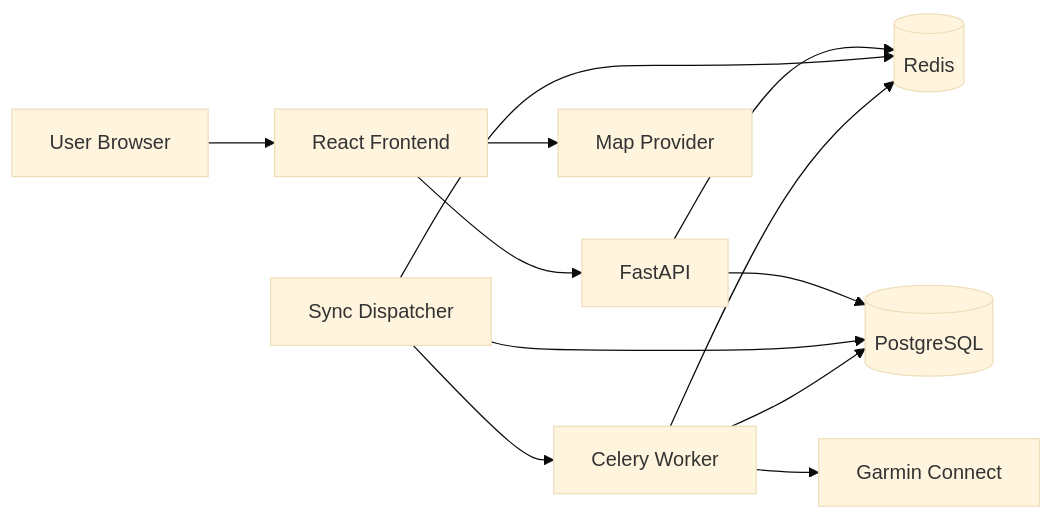
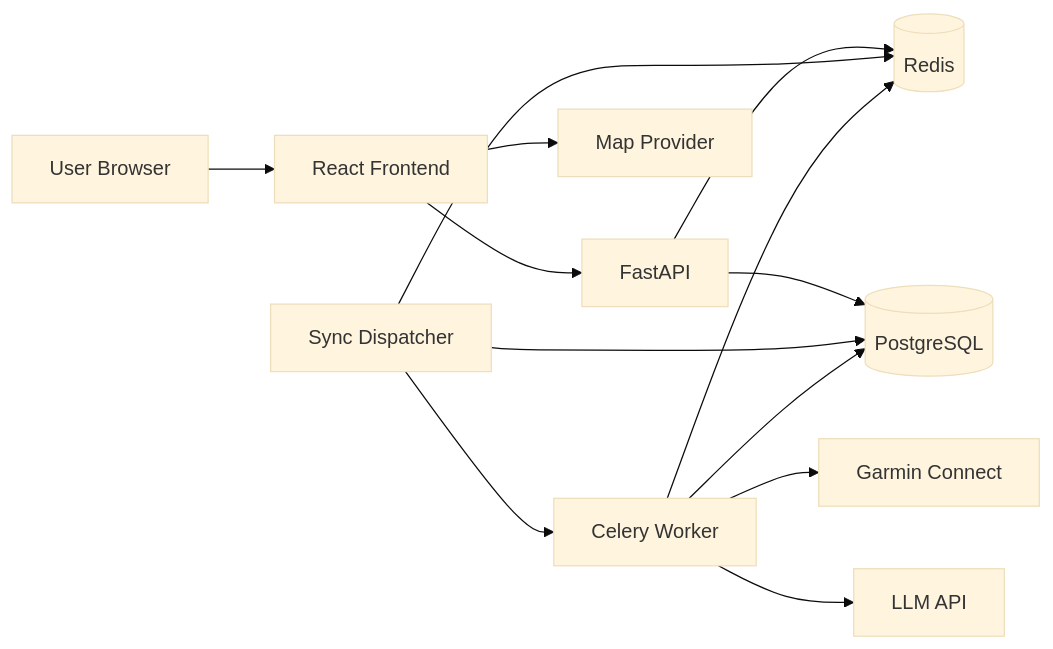
One commit to jirijanecek77/strava-insights changed the first of 2 diagrams in docs/specification.md. Above: the diagram before and after it, drawn with Mermaid (base theme). The commit also changed other lines of this file and 43 other files, not shown here.

````diff
--- a/docs/specification.md
+++ b/docs/specification.md
@@ -113,14 +115,15 @@
 ```mermaid
 flowchart LR
     U[User Browser] --> FE[React Frontend]
     FE --> API[FastAPI]
     FE --> MAPY[Map Provider]
     API --> R[(Redis)]
     API --> DB[(PostgreSQL)]
     D[Sync Dispatcher] --> DB
     D --> R
     D --> W[Celery Worker]
     W --> GARMIN[Garmin Connect]
+    W --> LLM[LLM API]
     W --> DB
     W --> R
 ```
````
